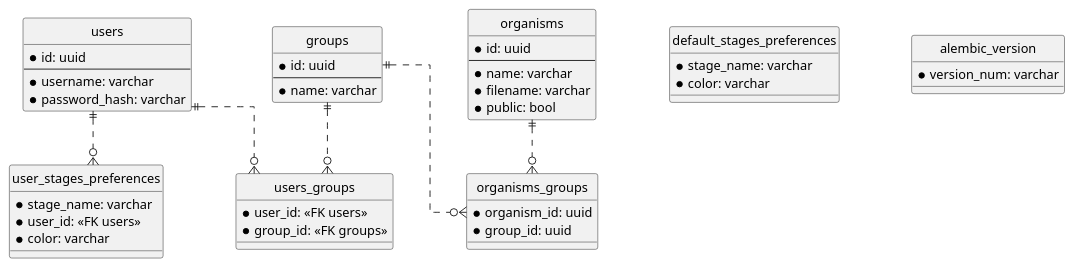
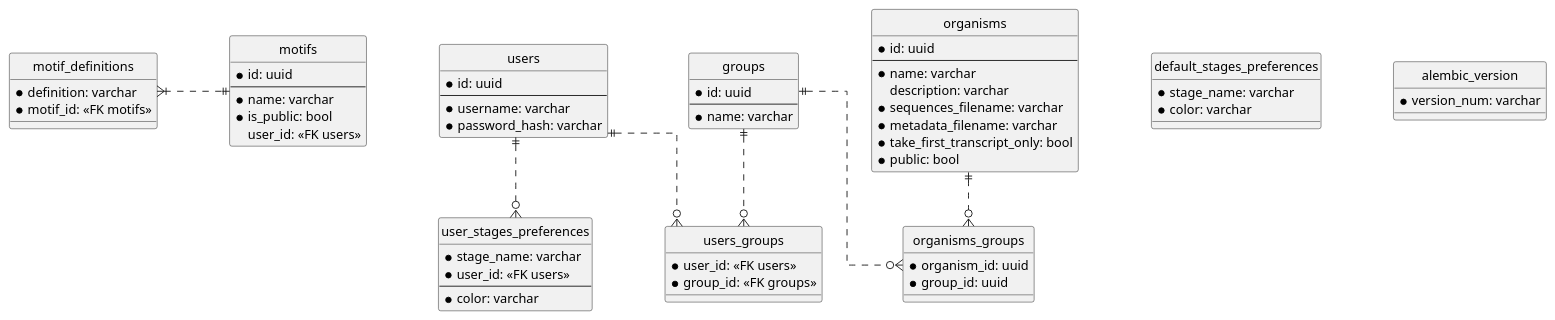
The diagram in backend/app/db/schema.puml (sb-ncbr/golem), drawn with PlantUML before and after one commit. The commit also changed 40 other files, not shown here.

Commit message:
feat: separate metadata and sequences, seed, motif storage (#16)

```diff
--- a/backend/app/db/schema.puml
+++ b/backend/app/db/schema.puml
@@ -1,64 +1,83 @@
 @startuml database_schema
 
 skinparam Linetype ortho
 skinparam Nodesep 80
 skinparam Ranksep 50
 skinparam backgroundColor transparent
 
 hide circle
 
 entity users {
     *id: uuid
     ---
     *username: varchar
     *password_hash: varchar
 }
 
 entity groups {
     *id: uuid
     ---
     *name: varchar
 }
 
 entity users_groups {
     *user_id: <<FK users>>
     *group_id: <<FK groups>>
 }
 
 entity user_stages_preferences {
     *stage_name: varchar
     *user_id: <<FK users>>
+    ---
     *color: varchar
 }
 
 entity organisms {
     *id: uuid
     ---
     *name: varchar
-    *filename: varchar
+    description: varchar
+    *sequences_filename: varchar
+    *metadata_filename: varchar
+    *take_first_transcript_only: bool
     *public: bool
 }
 
 entity organisms_groups {
     *organism_id: uuid
     *group_id: uuid
 }
 
 entity default_stages_preferences {
     *stage_name: varchar
     *color: varchar
+}
+
+entity motifs {
+    *id: uuid
+    ---
+    *name: varchar
+    *is_public: bool
+    user_id: <<FK users>>
+}
+
+entity motif_definitions {
+    *definition: varchar
+    *motif_id: <<FK motifs>>
 }
 
 entity alembic_version {
     *version_num: varchar
 }
 
 users  ||..o{ users_groups
 groups ||..o{ users_groups
 
 users ||..o{ user_stages_preferences
 
 groups ||..o{ organisms_groups
 organisms ||..o{ organisms_groups
 
+motifs ||.l.|{ motif_definitions
+
 @enduml
```
